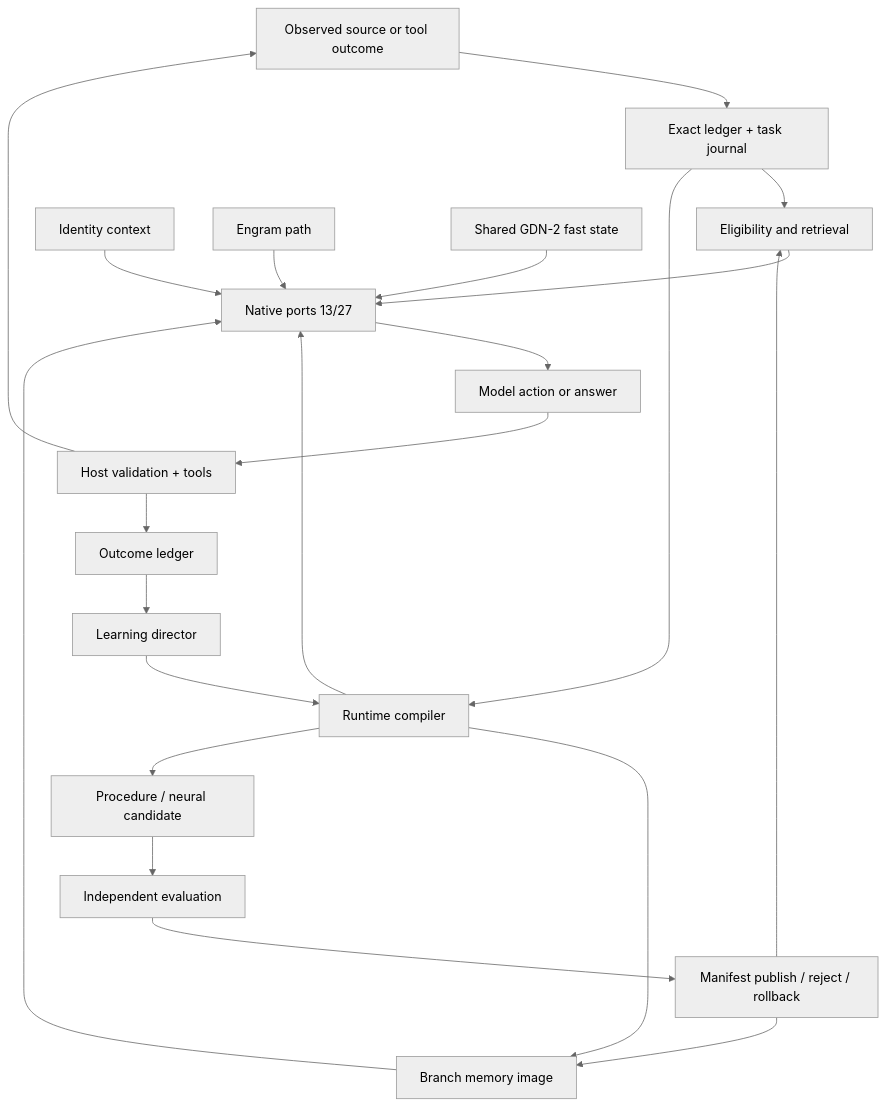
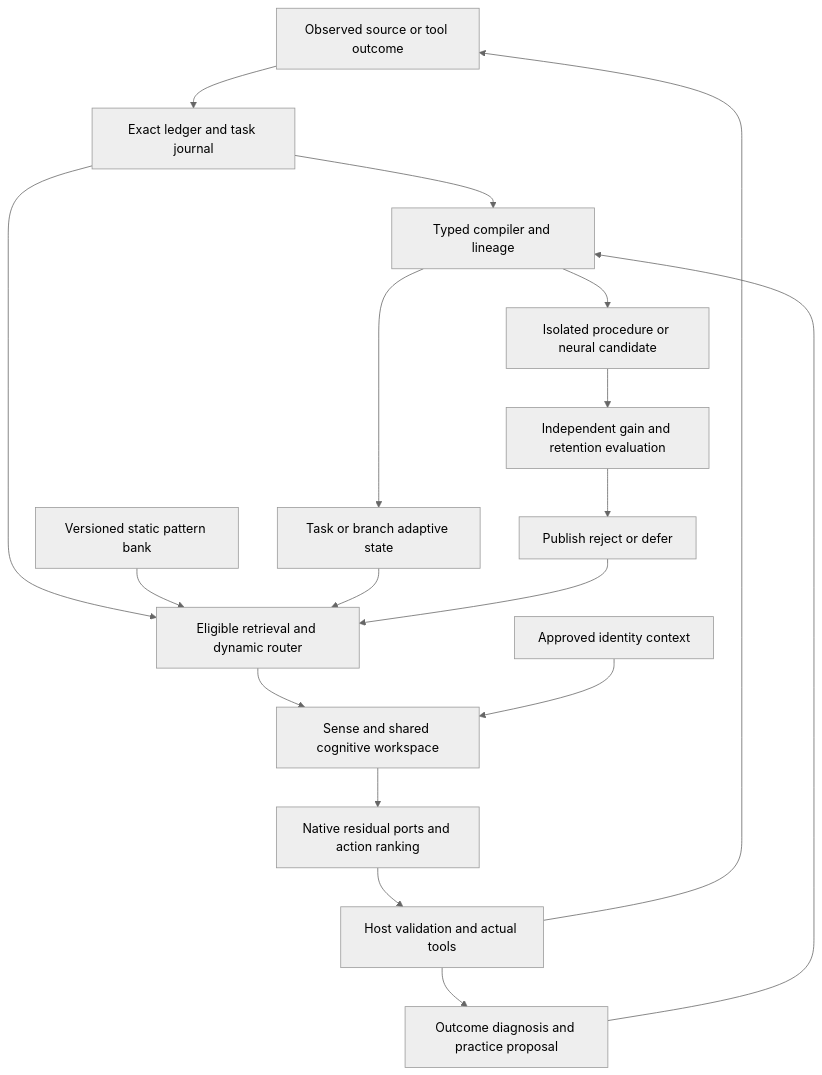
One commit to BaiTian6641/replica_r3_starter changed the diagram in docs/architecture/15_Research_Crosscheck_and_Backbone_Plan.md. Above: the diagram before and after it, drawn with Mermaid (neutral theme). The commit also changed other lines of this file and 35 other files, not shown here.

````diff
--- a/docs/architecture/15_Research_Crosscheck_and_Backbone_Plan.md
+++ b/docs/architecture/15_Research_Crosscheck_and_Backbone_Plan.md
@@ -109,24 +122,20 @@
 ```mermaid
 flowchart TD
-  O[Observed source or tool outcome] --> L[Exact ledger + task journal]
-  L --> R[Eligibility and retrieval]
-  L --> C[Runtime compiler]
-  R --> P[Native ports 13/27]
-  C --> P
-  C --> B[Branch memory image]
-  B --> P
-  C --> N[Procedure / neural candidate]
-  N --> E[Independent evaluation]
-  E --> M[Manifest publish / reject / rollback]
-  M --> R
-  M --> B
-  P --> A[Model action or answer]
-  A --> H[Host validation + tools]
+  O[Observed source or tool outcome] --> L[Exact ledger and task journal]
+  L --> C[Typed compiler and lineage]
+  L --> R[Eligible retrieval and dynamic router]
+  G[Versioned static pattern bank] --> R
+  F[Task or branch adaptive state] --> R
+  R --> W[Sense and shared cognitive workspace]
+  I[Approved identity context] --> W
+  W --> P[Native residual ports and action ranking]
+  P --> H[Host validation and actual tools]
   H --> O
-  H --> J[Outcome ledger]
-  J --> D[Learning director]
+  H --> D[Outcome diagnosis and practice proposal]
   D --> C
-  I[Identity context] --> P
-  G[Engram path] --> P
-  S[Shared GDN-2 fast state] --> P
+  C --> F
+  C --> N[Isolated procedure or neural candidate]
+  N --> E[Independent gain and retention evaluation]
+  E --> V[Publish reject or defer]
+  V --> R
 ```
````
